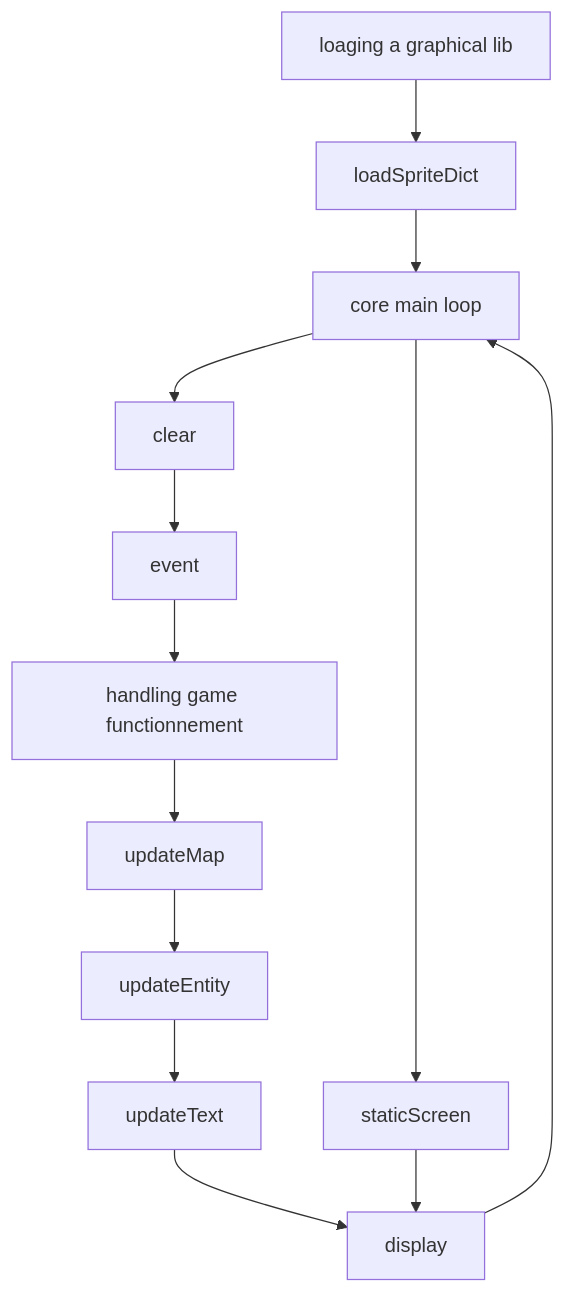
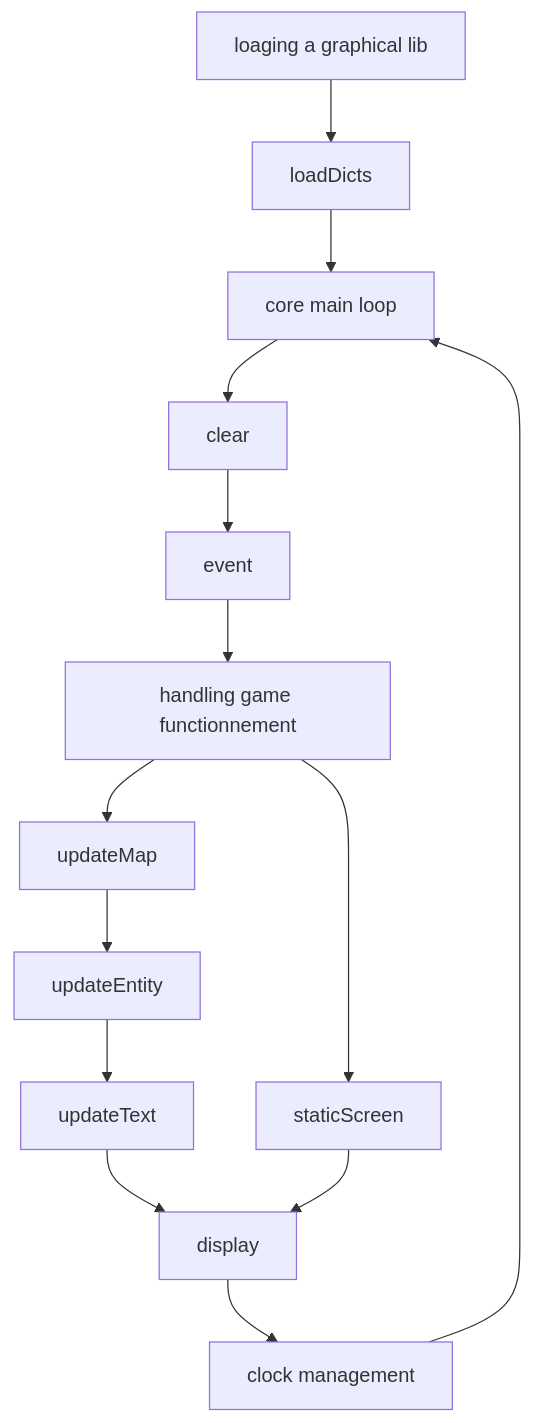
The first of 2 diagrams in ReadMe.md (ASM-Studios/ArcadeInterfaces), drawn with Mermaid before and after one commit. The commit also changed other lines of this file and 1 other file, not shown here.

Commit message:
[ADD] schema for game management

````diff
--- a/ReadMe.md
+++ b/ReadMe.md
@@ -299,16 +299,17 @@
 ```mermaid
   graph TD;
-    A[loaging a graphical lib] --> B[loadSpriteDict]
+    A[loaging a graphical lib] --> B[loadDicts]
     B --> C[core main loop];
     C --> D[clear];
     D --> E[event];
     E --> F[handling game functionnement];
     F --> G[updateMap];
     G --> H[updateEntity];
     H --> I[updateText];
-    C --> J[staticScreen];
+    F --> J[staticScreen];
     I --> K[display];
     J --> K;
-    K --> C;
+    K --> L[clock management];
+    L --> C;
 
 ```
````
